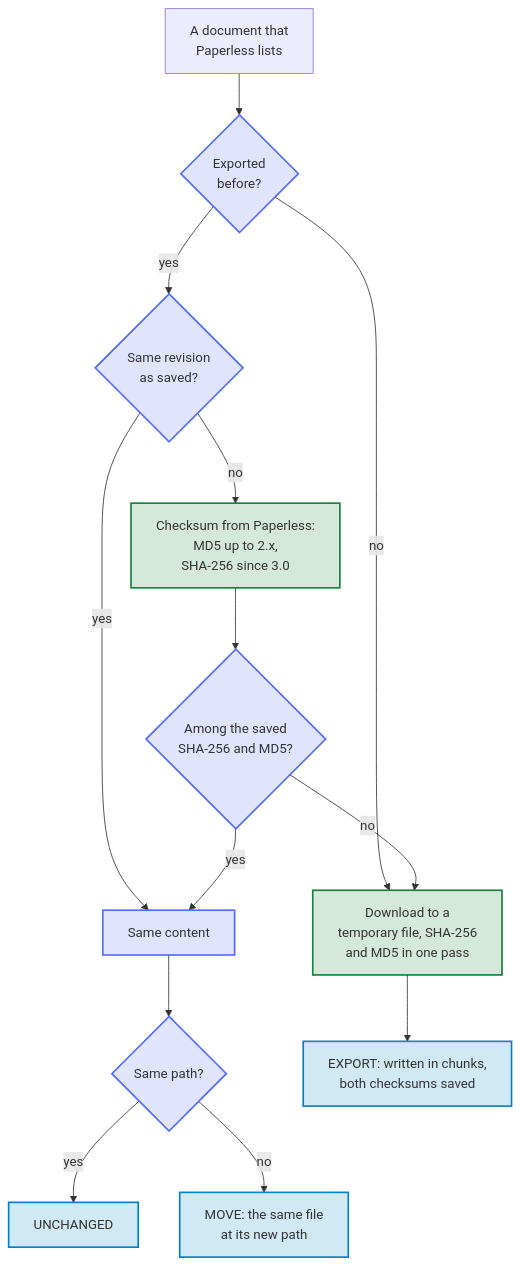
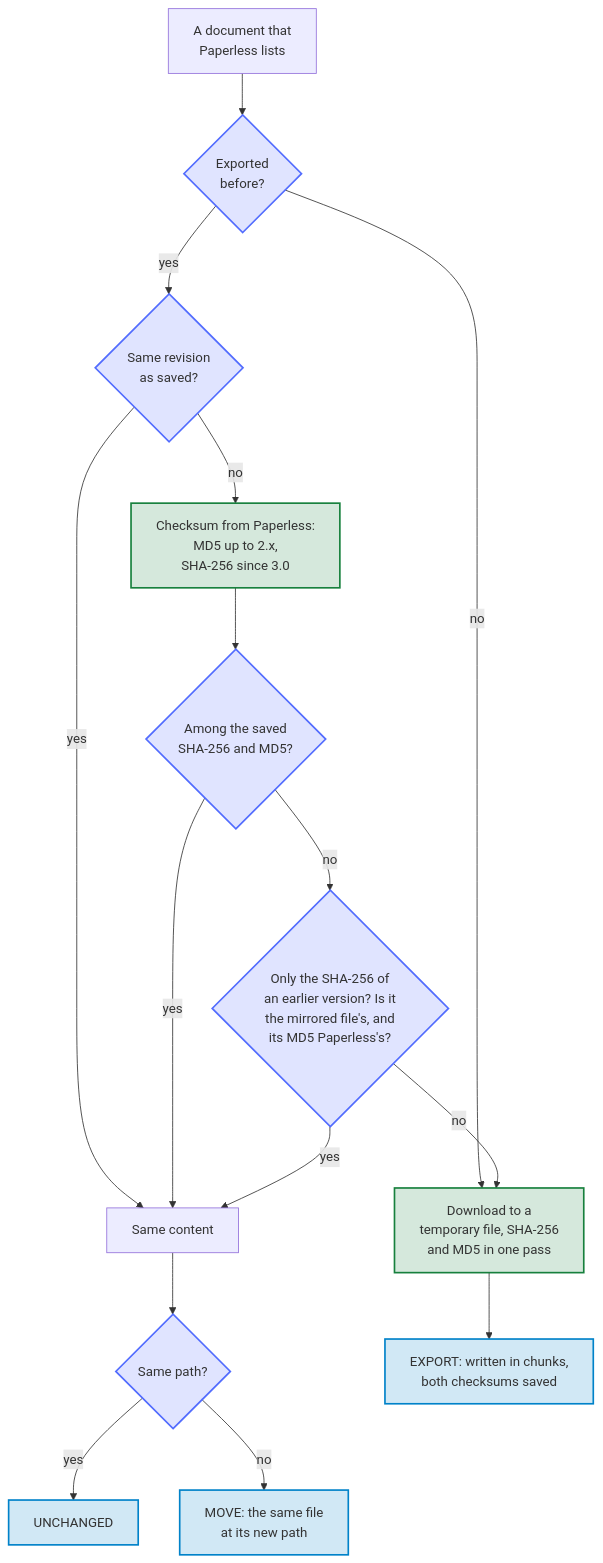
Before and after one commit to Dennis-Otto/paperless-sync: the third of 9 diagrams in README.md, drawn with Mermaid. The commit also changed other lines of this file and 7 other files, not shown here.

First line of the commit message:
fix(sync): add the MD5 of a mirrored file that an earlier version exported

````diff
--- a/README.md
+++ b/README.md
@@ -216,24 +216,26 @@
 ```mermaid
 flowchart TB
     accTitle: How a run tells new metadata from new content
-    accDescr: A document that was never exported is downloaded. For an exported document, a run compares the revision of Paperless with the one it saved. With a new revision, it asks Paperless for the checksum of the file, MD5 up to Paperless-ngx 2.x and SHA-256 since 3.0, and looks for it among the SHA-256 and the MD5 that it saved at the download. When the revision is the same, or the checksum is among them, the content is the same: the file stays where it is, or moves to its new path. Otherwise the run downloads the document to a temporary file, computes both checksums in one pass over it, writes it to Nextcloud in chunks and saves the checksums. The questions are indigo, the requests to Paperless-ngx green, and the results in Nextcloud blue.
+    accDescr: A document that was never exported is downloaded. For an exported document, a run compares the revision of Paperless with the one it saved. With a new revision, it asks Paperless for the checksum of the file, MD5 up to Paperless-ngx 2.x and SHA-256 since 3.0, and looks for it among the SHA-256 and the MD5 that it saved at the download. When the revision is the same, or the checksum is among them, the content is the same: the file stays where it is, or moves to its new path. When an earlier version of the app saved the SHA-256 alone and Paperless reports an MD5, the run computes both checksums of the mirrored file: when its SHA-256 is the saved one and its MD5 the one of Paperless, the content is the same too. Otherwise the run downloads the document to a temporary file, computes both checksums in one pass over it, writes it to Nextcloud in chunks and saves the checksums. The questions are indigo, the requests to Paperless-ngx green, and the results in Nextcloud blue.
 
     document["A document that<br>Paperless lists"] --> exported{"Exported<br>before?"}
     exported -->|no| download["Download to a<br>temporary file, SHA-256<br>and MD5 in one pass"]
     exported -->|yes| revision{"Same revision<br>as saved?"}
     revision -->|yes| same["Same content"]
     revision -->|no| checksum["Checksum from Paperless:<br>MD5 up to 2.x,<br>SHA-256 since 3.0"]
     checksum --> known{"Among the saved<br>SHA-256 and MD5?"}
     known -->|yes| same
-    known -->|no| download
+    known -->|no| earlier{"Only the SHA-256 of<br>an earlier version? Is it<br>the mirrored file's, and<br>its MD5 Paperless's?"}
+    earlier -->|yes| same
+    earlier -->|no| download
     same --> path{"Same path?"}
     path -->|yes| unchanged["UNCHANGED"]
     path -->|no| move["MOVE: the same file<br>at its new path"]
     download --> export["EXPORT: written in chunks,<br>both checksums saved"]
     classDef check fill:#526cfe2e,stroke:#526cfe,stroke-width:2px
     classDef paperless fill:#17803d2e,stroke:#17803d,stroke-width:2px
     classDef nextcloud fill:#0082c92e,stroke:#0082c9,stroke-width:2px
-    class exported,revision,known,path,same check
+    class exported,revision,known,earlier,path check
     class checksum,download paperless
     class unchanged,move,export nextcloud
 ```
````
